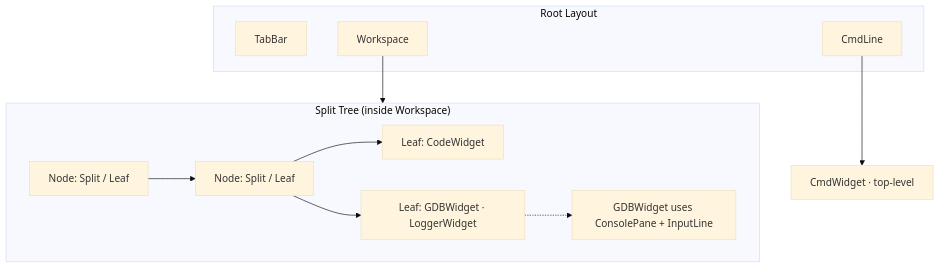
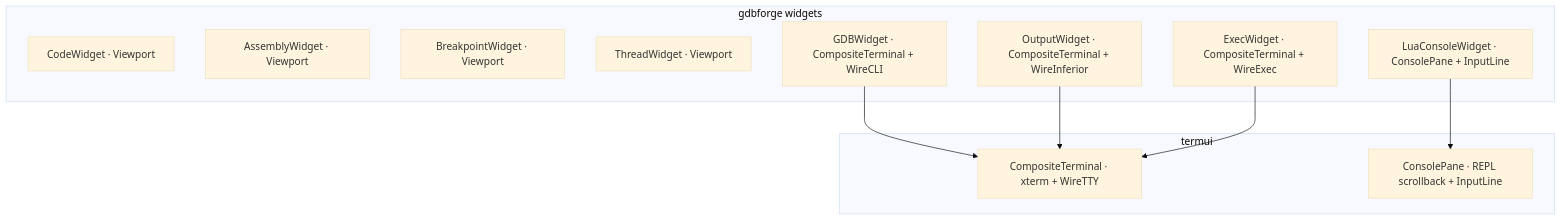
The diagram in docs/diagrams/widget_hierarchy.mermaid (yairgd/gdbforge), drawn with Mermaid (base theme) before and after one commit. The commit also changed 54 other files, not shown here.

First line of the commit message:
Unify PTY transport and wire GDB/IO/exec panes through xterm CompositeTerminal.

```diff
--- a/docs/diagrams/widget_hierarchy.mermaid
+++ b/docs/diagrams/widget_hierarchy.mermaid
@@ -1,21 +1,21 @@
 flowchart TB
-    subgraph Root["Root Layout"]
-        TB["TabBar"]
-        WS["Workspace"]
-        CL["CmdLine"]
+    subgraph Widgets["gdbforge widgets"]
+        N1["CodeWidget · Viewport"]
+        N2["AssemblyWidget · Viewport"]
+        N3["BreakpointWidget · Viewport"]
+        N4["ThreadWidget · Viewport"]
+        N5["GDBWidget · CompositeTerminal + WireCLI"]
+        N6["OutputWidget · CompositeTerminal + WireInferior"]
+        N7["ExecWidget · CompositeTerminal + WireExec"]
+        N8["LuaConsoleWidget · ConsolePane + InputLine"]
     end
 
-    subgraph SplitTree["Split Tree (inside Workspace)"]
-        N1["Node: Split / Leaf"]
-        N2["Node: Split / Leaf"]
-        N3["Leaf: CodeWidget"]
-        N4["Leaf: GDBWidget · LoggerWidget"]
-        N5["GDBWidget uses ConsolePane + InputLine"]
+    subgraph TermUI["termui"]
+        CT["CompositeTerminal · xterm + WireTTY"]
+        CP["ConsolePane · REPL scrollback + InputLine"]
     end
 
-    WS --> SplitTree
-    CL --> CmdWidget["CmdWidget · top-level"]
-    N1 --> N2
-    N2 --> N3
-    N2 --> N4
-    N4 -.-> N5
+    N5 --> CT
+    N6 --> CT
+    N7 --> CT
+    N8 --> CP
```
